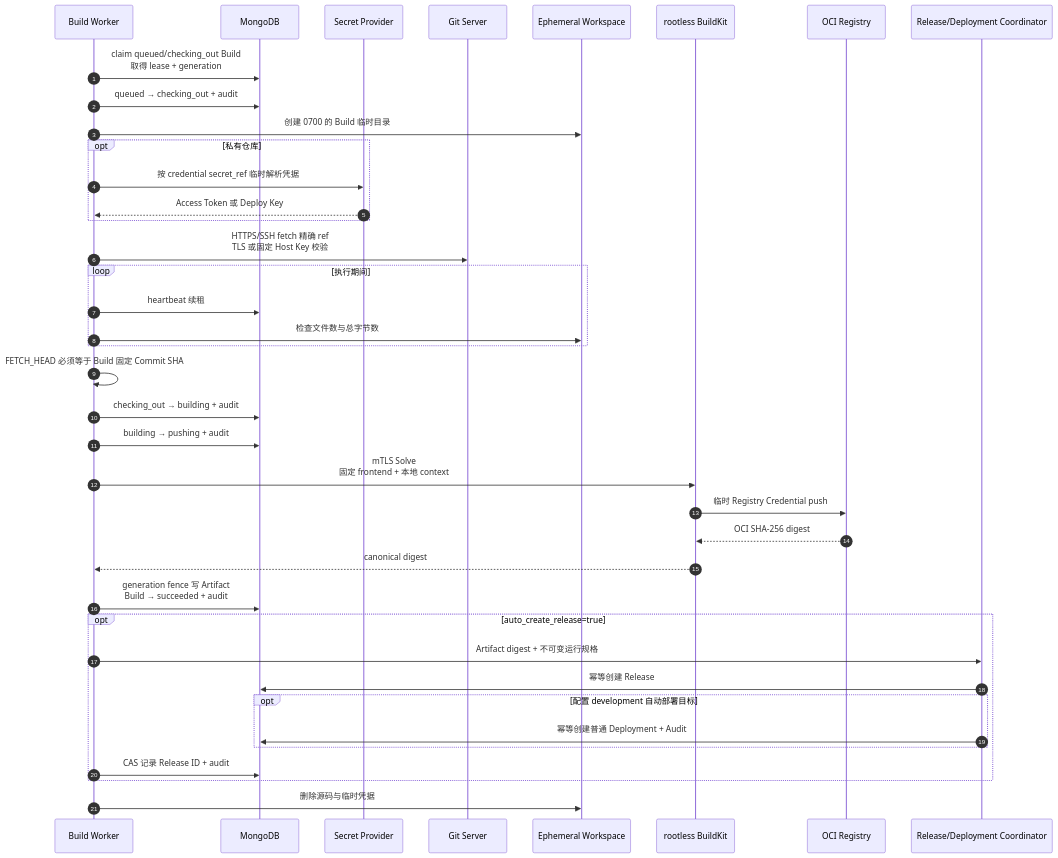
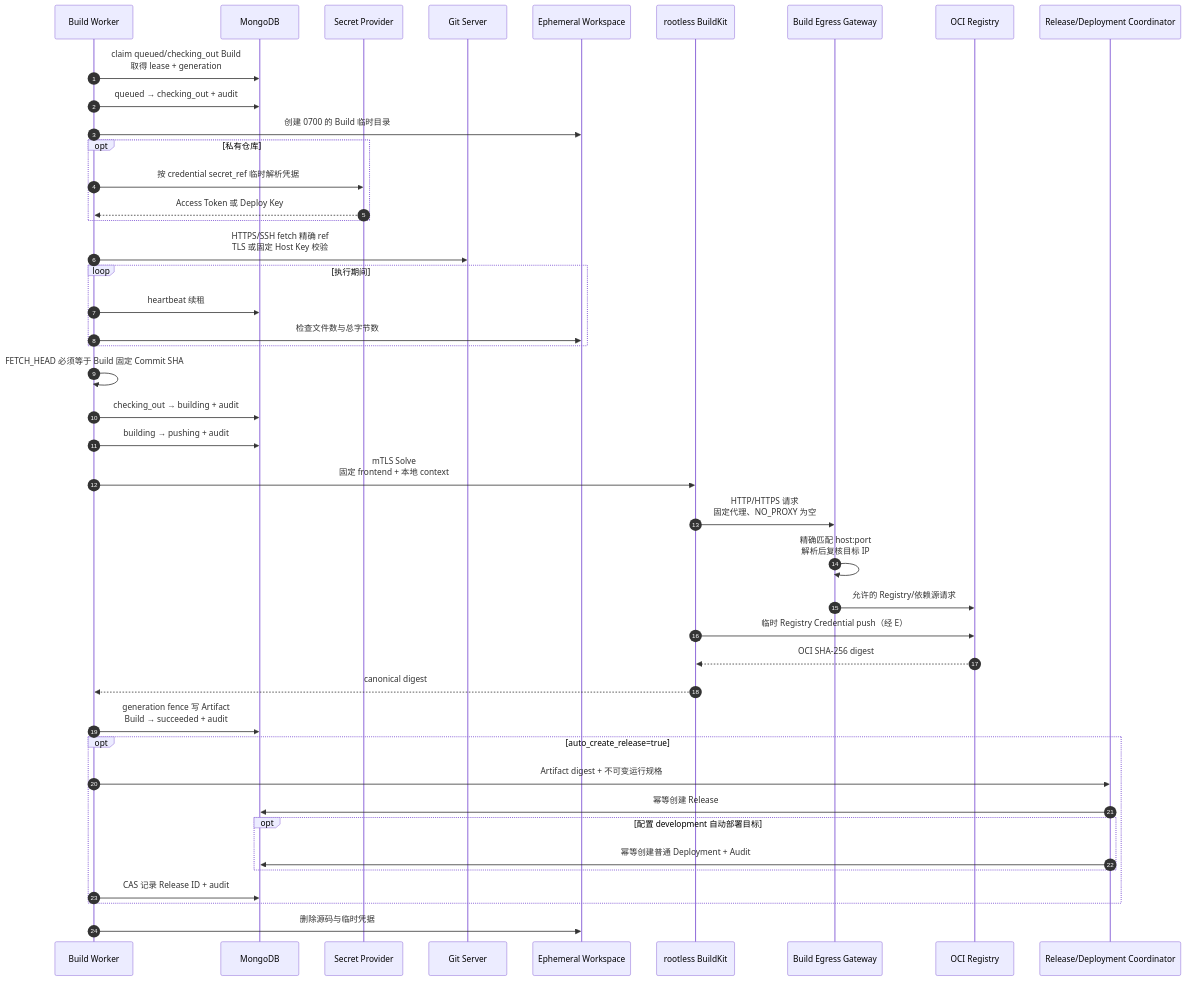
One commit to owndock/owndock changed the first of 2 diagrams in docs/build-worker.md. Above: the diagram before and after it, drawn with Mermaid. The commit also changed other lines of this file and 211 other files, not shown here.

````diff
--- a/docs/build-worker.md
+++ b/docs/build-worker.md
@@ -7,42 +7,46 @@
 ```mermaid
 sequenceDiagram
     autonumber
     participant W as Build Worker
     participant DB as MongoDB
     participant S as Secret Provider
     participant G as Git Server
     participant FS as Ephemeral Workspace
     participant BK as rootless BuildKit
+    participant E as Build Egress Gateway
     participant R as OCI Registry
     participant C as Release/Deployment Coordinator
 
     W->>DB: claim queued/checking_out Build<br/>取得 lease + generation
     W->>DB: queued → checking_out + audit
     W->>FS: 创建 0700 的 Build 临时目录
     opt 私有仓库
         W->>S: 按 credential secret_ref 临时解析凭据
         S-->>W: Access Token 或 Deploy Key
     end
     W->>G: HTTPS/SSH fetch 精确 ref<br/>TLS 或固定 Host Key 校验
     loop 执行期间
         W->>DB: heartbeat 续租
         W->>FS: 检查文件数与总字节数
     end
     W->>W: FETCH_HEAD 必须等于 Build 固定 Commit SHA
     W->>DB: checking_out → building + audit
     W->>DB: building → pushing + audit
     W->>BK: mTLS Solve<br/>固定 frontend + 本地 context
-    BK->>R: 临时 Registry Credential push
+    BK->>E: HTTP/HTTPS 请求<br/>固定代理、NO_PROXY 为空
+    E->>E: 精确匹配 host:port<br/>解析后复核目标 IP
+    E->>R: 允许的 Registry/依赖源请求
+    BK->>R: 临时 Registry Credential push（经 E）
     R-->>BK: OCI SHA-256 digest
     BK-->>W: canonical digest
     W->>DB: generation fence 写 Artifact<br/>Build → succeeded + audit
     opt auto_create_release=true
         W->>C: Artifact digest + 不可变运行规格
         C->>DB: 幂等创建 Release
         opt 配置 development 自动部署目标
             C->>DB: 幂等创建普通 Deployment + Audit
         end
         W->>DB: CAS 记录 Release ID + audit
     end
     W->>FS: 删除源码与临时凭据
 ```
````
